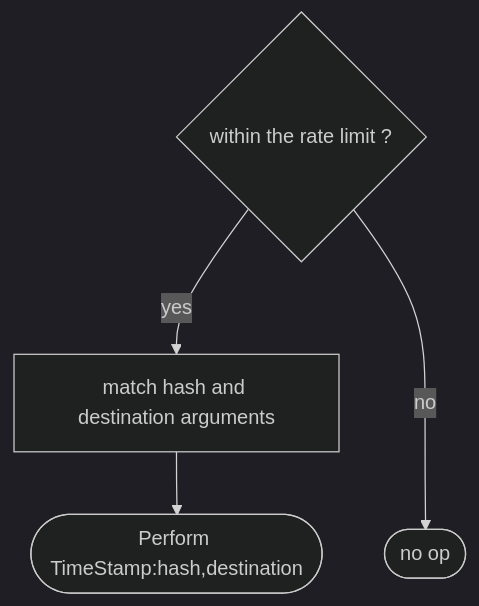
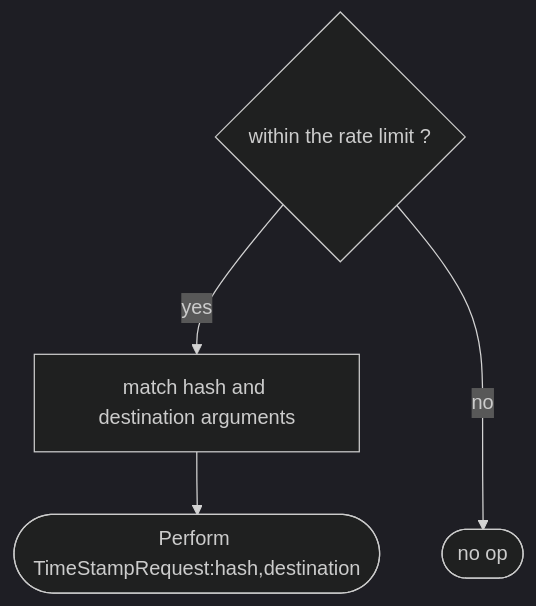
Before and after one commit to anoma/nspec: the third of 3 diagrams in docs/tutorial/engines/index.juvix.md, drawn with Mermaid (dark theme). The commit also changed other lines of this file, not shown here.

````diff
--- a/docs/tutorial/engines/index.juvix.md
+++ b/docs/tutorial/engines/index.juvix.md
@@ -226,7 +226,7 @@
     ```mermaid
     flowchart TD
     check{within the rate limit ?}
     check -->|yes| A[match hash and destination arguments]
-    A -->  doA([Perform TimeStamp:hash,destination ])
+    A -->  doA([Perform TimeStampRequest:hash,destination ])
     check --->|no| B([no op])
     ```
````
